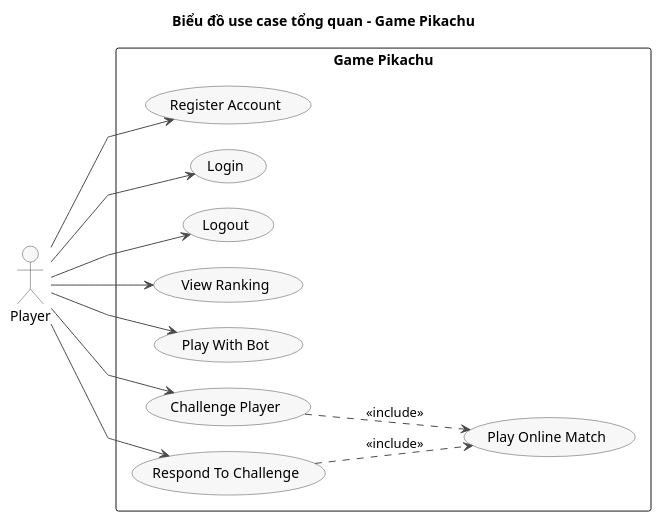
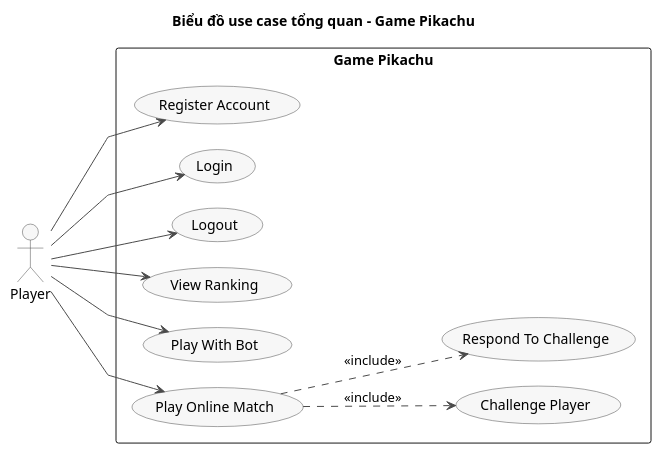
Before and after one commit to VattenL/mobile-pikachu: the diagram in docs/uml/pha1/uc-overview.puml, drawn with PlantUML. The commit also changed 46 other files, not shown here.

```diff
--- a/docs/uml/pha1/uc-overview.puml
+++ b/docs/uml/pha1/uc-overview.puml
@@ -1,43 +1,42 @@
 @startuml uc-overview
 title Biểu đồ use case tổng quan - Game Pikachu
 
 left to right direction
 skinparam linetype polyline
 skinparam packageStyle rectangle
 skinparam shadowing false
 skinparam nodesep 25
 skinparam ranksep 80
 skinparam usecase {
   BackgroundColor #F7F7F7
   BorderColor #4A4A4A
   ArrowColor #4A4A4A
 }
 skinparam actor {
   BackgroundColor #F7F7F7
   BorderColor #4A4A4A
 }
 
 actor "Player" as Player
 
 rectangle "Game Pikachu" {
   usecase "Register Account" as UC01
   usecase "Login" as UC02
   usecase "Logout" as UC03
   usecase "View Ranking" as UC04
   usecase "Play With Bot" as UC05
+  usecase "Play Online Match" as UC08
   usecase "Challenge Player" as UC06
   usecase "Respond To Challenge" as UC07
-  usecase "Play Online Match" as UC08
 }
 
 Player --> UC01
 Player --> UC02
 Player --> UC03
 Player --> UC04
 Player --> UC05
-Player --> UC06
-Player --> UC07
+Player --> UC08
 
-UC06 ..> UC08 : <<include>>
-UC07 ..> UC08 : <<include>>
+UC08 ..> UC06 : <<include>>
+UC08 ..> UC07 : <<include>>
 @enduml
```
